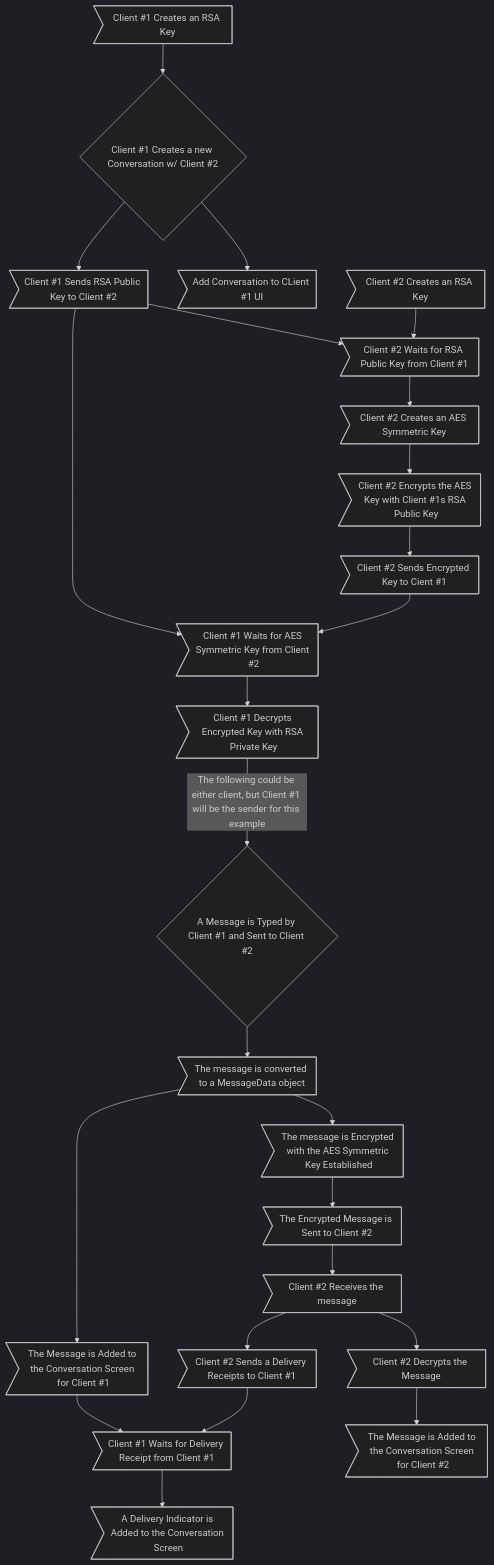
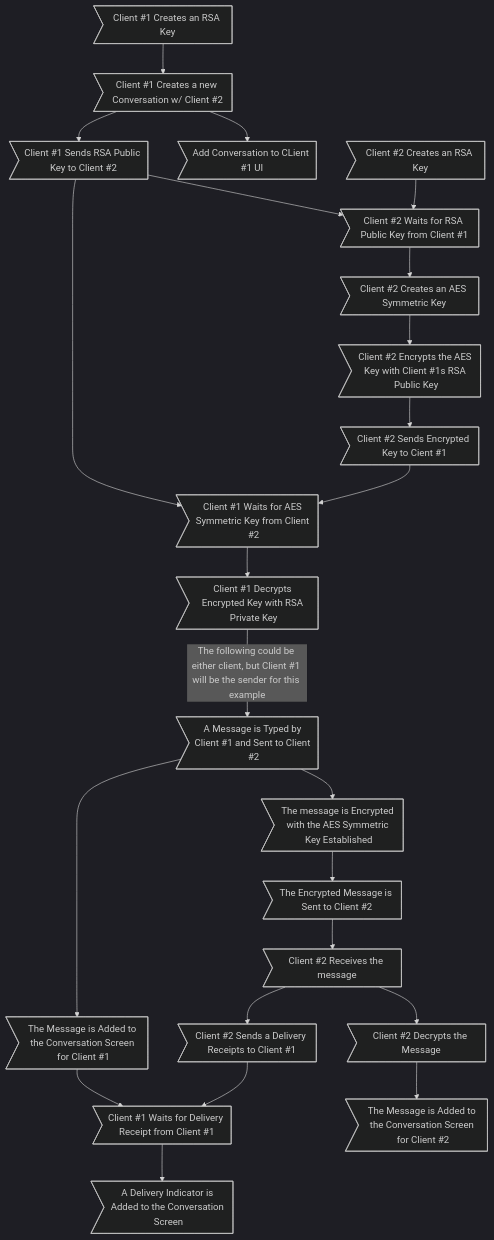
Before and after one commit to xXCrash2BomberXx/TinyChat: the diagram in README.md, drawn with Mermaid (dark theme).

````diff
--- a/README.md
+++ b/README.md
@@ -72,26 +72,25 @@
 ```mermaid
 graph TB;
-  A>Client #1 Creates an RSA Key] --> B{Client #1 Creates a new Conversation w/ Client #2};
+  A>Client #1 Creates an RSA Key] --> B>Client #1 Creates a new Conversation w/ Client #2];
   B --> D>Add Conversation to CLient #1 UI];
   B --> E>Client #1 Sends RSA Public Key to Client #2];
   F>Client #2 Creates an RSA Key] --> G>Client #2 Waits for RSA Public Key from Client #1];
   E --> G;
   G --> H>Client #2 Creates an AES Symmetric Key];
   H -->I>Client #2 Encrypts the AES Key with Client #1s RSA Public Key];
   I -->J>Client #2 Sends Encrypted Key to Cient #1];
   E --> K>Client #1 Waits for AES Symmetric Key from Client #2];
   J --> K;
   K --> L>Client #1 Decrypts Encrypted Key with RSA Private Key];
-  L --> |The following could be either client, but Client #1 will be the sender for this example| M{A Message is Typed by Client #1 and Sent to Client #2};
-  M --> W>The message is converted to a MessageData object];
-  W --> N>The message is Encrypted with the AES Symmetric Key Established];
+  L --> |The following could be either client, but Client #1 will be the sender for this example| M>A Message is Typed by Client #1 and Sent to Client #2];
+  M --> N>The message is Encrypted with the AES Symmetric Key Established];
   N --> O>The Encrypted Message is Sent to Client #2];
-  W --> Q>The Message is Added to the Conversation Screen for Client #1];
+  M --> Q>The Message is Added to the Conversation Screen for Client #1];
   Q --> R>Client #1 Waits for Delivery Receipt from Client #1];
   R --> V>A Delivery Indicator is Added to the Conversation Screen];
   O --> P>Client #2 Receives the message];
   P --> S>Client #2 Decrypts the Message];
   S --> T>The Message is Added to the Conversation Screen for Client #2];
   P --> U>Client #2 Sends a Delivery Receipts to Client #1];
   U --> R;
 ```
````
